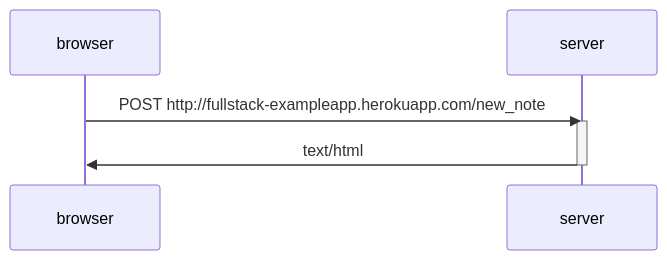
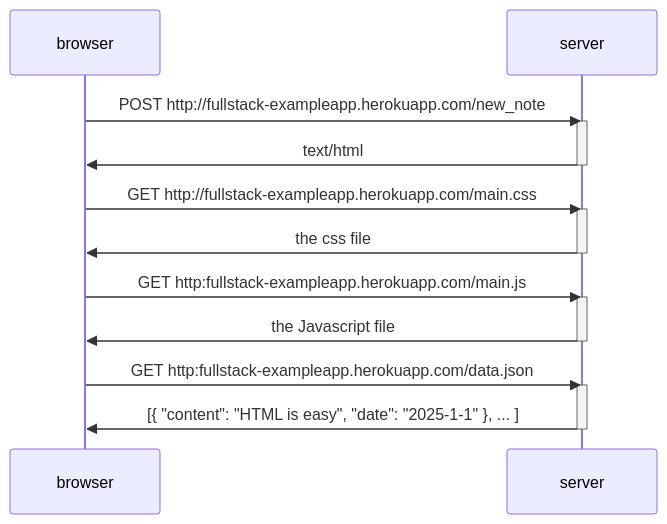
Before and after one commit to sharifhashim/FullStackOpen: the diagram in README.md, drawn with Mermaid.

Commit message:
added 3 get requests

````diff
--- a/README.md
+++ b/README.md
@@ -3,10 +3,25 @@
 ```mermaid
 sequenceDiagram
-participant browser
-participant server
+    participant browser
+    participant server
 
     browser->>server: POST http://fullstack-exampleapp.herokuapp.com/new_note
     activate server
     server->>browser: text/html
     deactivate server
+
+    browser->>server: GET http://fullstack-exampleapp.herokuapp.com/main.css
+    activate server
+    server->>browser: the css file
+    deactivate server
+
+    browser->>server: GET http:fullstack-exampleapp.herokuapp.com/main.js
+    activate server
+    server->>browser: the Javascript file
+    deactivate server
+
+    browser->>server: GET http:fullstack-exampleapp.herokuapp.com/data.json
+    activate server
+    server->>browser: [{ "content": "HTML is easy", "date": "2025-1-1" }, ... ]
+    deactivate server
 ```
````
